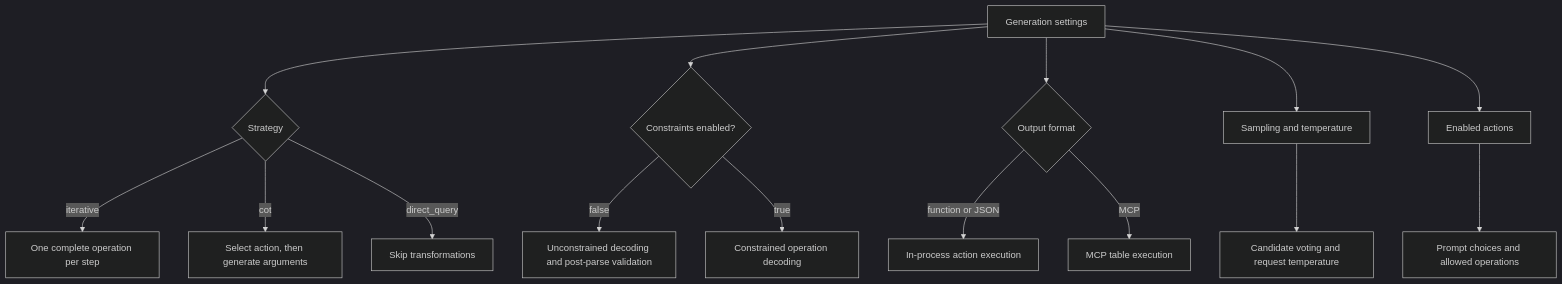
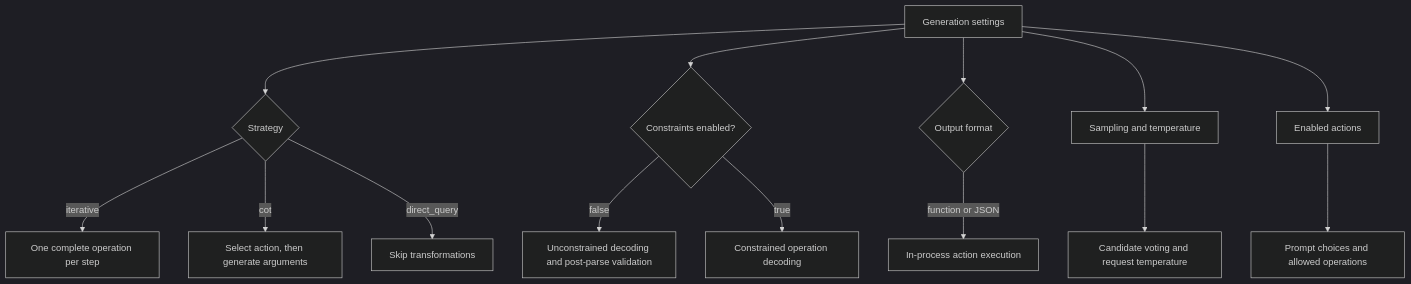
One commit to D2IP-TUB/LEAP changed the third of 3 diagrams in docs/project-handover.md. Above: the diagram before and after it, drawn with Mermaid (dark theme). The commit also changed other lines of this file and 34 other files, not shown here.

````diff
--- a/docs/project-handover.md
+++ b/docs/project-handover.md
@@ -148,17 +144,16 @@
 ```mermaid
 flowchart TB
     C[Generation settings] --> S{Strategy}
     C --> X{Constraints enabled?}
     C --> F{Output format}
     C --> P[Sampling and temperature]
     C --> A[Enabled actions]
     S -->|iterative| I[One complete operation per step]
     S -->|cot| T[Select action, then generate arguments]
     S -->|direct_query| D[Skip transformations]
     X -->|false| U[Unconstrained decoding and post-parse validation]
     X -->|true| G[Constrained operation decoding]
     F -->|function or JSON| R[In-process action execution]
-    F -->|MCP| M[MCP table execution]
     P --> V[Candidate voting and request temperature]
     A --> Q[Prompt choices and allowed operations]
 ```
````
